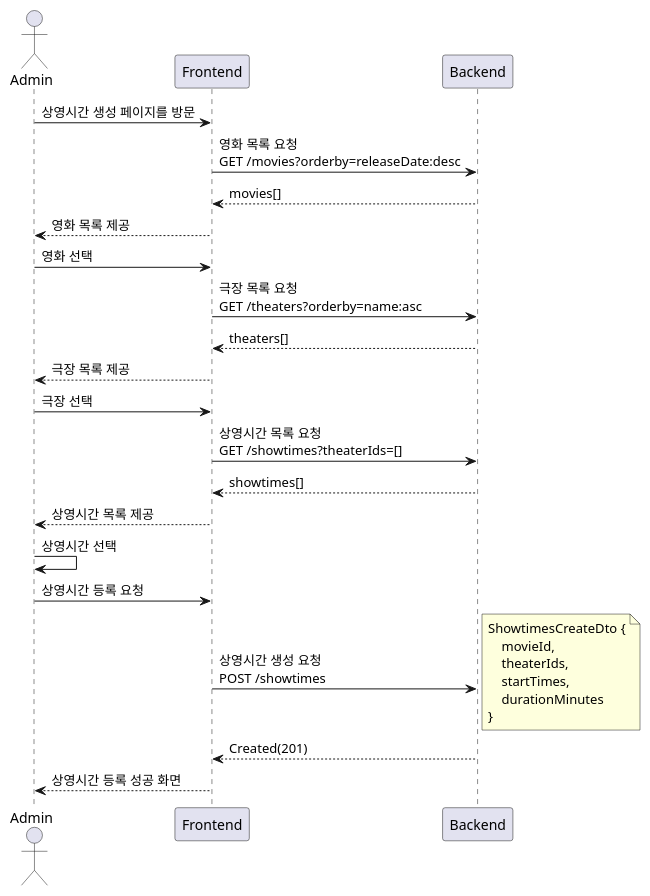
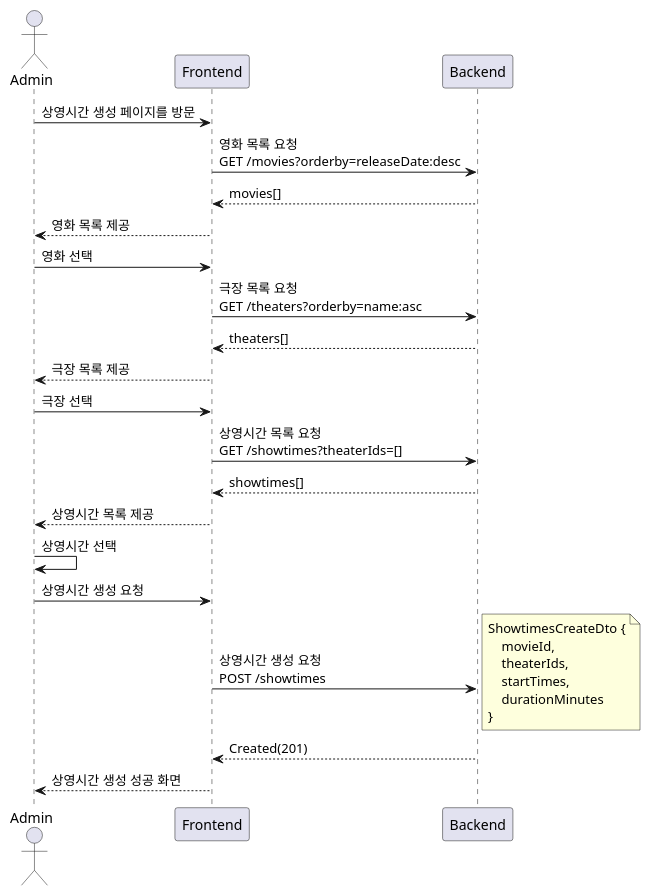
Before and after one commit to mannercode/mannercode.github.io: the sixth of 14 diagrams in _posts/2025-05-01-movie-booking-system-2.md, drawn with PlantUML. The commit also changed other lines of this file and 37 other files, not shown here.

```diff
--- a/_posts/2025-05-01-movie-booking-system-2.md
+++ b/_posts/2025-05-01-movie-booking-system-2.md
@@ -241,35 +241,35 @@
 {% plantuml %}
 @startuml
 actor Admin
 
 Admin -> Frontend: 상영시간 생성 페이지를 방문
     Frontend -> Backend:영화 목록 요청\nGET /movies?orderby=releaseDate:desc
     Frontend <-- Backend: movies[]
 Admin <-- Frontend: 영화 목록 제공
 
 Admin -> Frontend: 영화 선택
     Frontend -> Backend:극장 목록 요청\nGET /theaters?orderby=name:asc
     Frontend <-- Backend: theaters[]
 Admin <-- Frontend: 극장 목록 제공
 
 Admin -> Frontend: 극장 선택
     Frontend -> Backend: 상영시간 목록 요청\nGET /showtimes?theaterIds=[]
     Frontend <-- Backend: showtimes[]
 Admin <-- Frontend: 상영시간 목록 제공
 
 Admin -> Admin: 상영시간 선택
 
-Admin -> Frontend: 상영시간 등록 요청
+Admin -> Frontend: 상영시간 생성 요청
     Frontend -> Backend: 상영시간 생성 요청\nPOST /showtimes
         note right
         ShowtimesCreateDto {
             movieId,
             theaterIds,
             startTimes,
             durationMinutes
         }
         end note
     Frontend <-- Backend: Created(201)
-Admin <-- Frontend: 상영시간 등록 성공 화면
+Admin <-- Frontend: 상영시간 생성 성공 화면
 @enduml
 {% endplantuml %}
```
